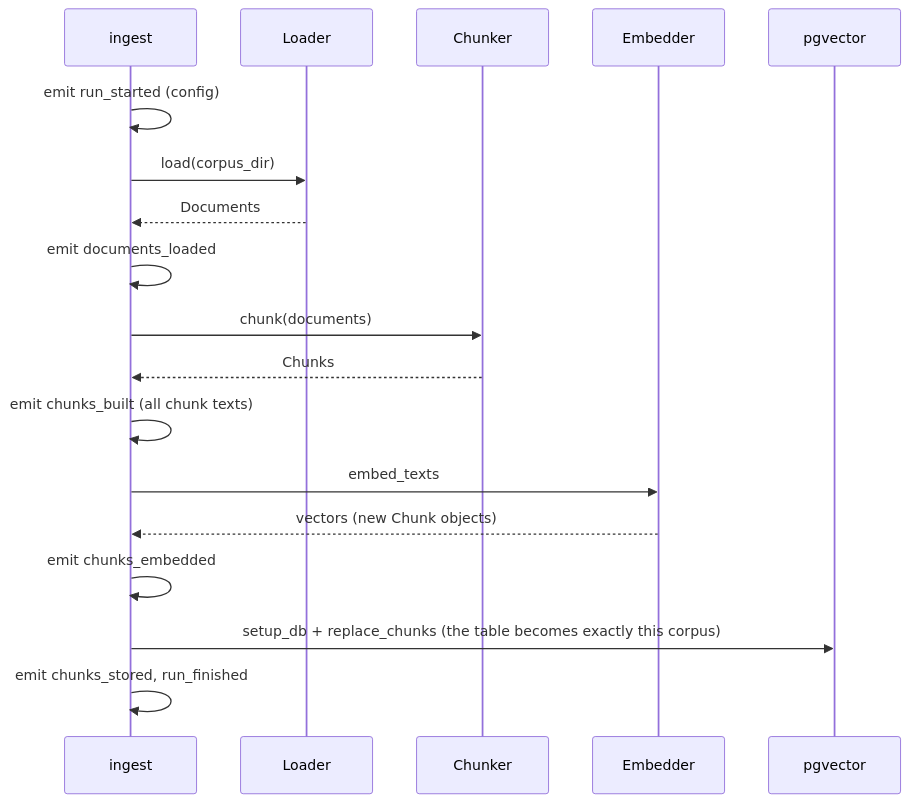
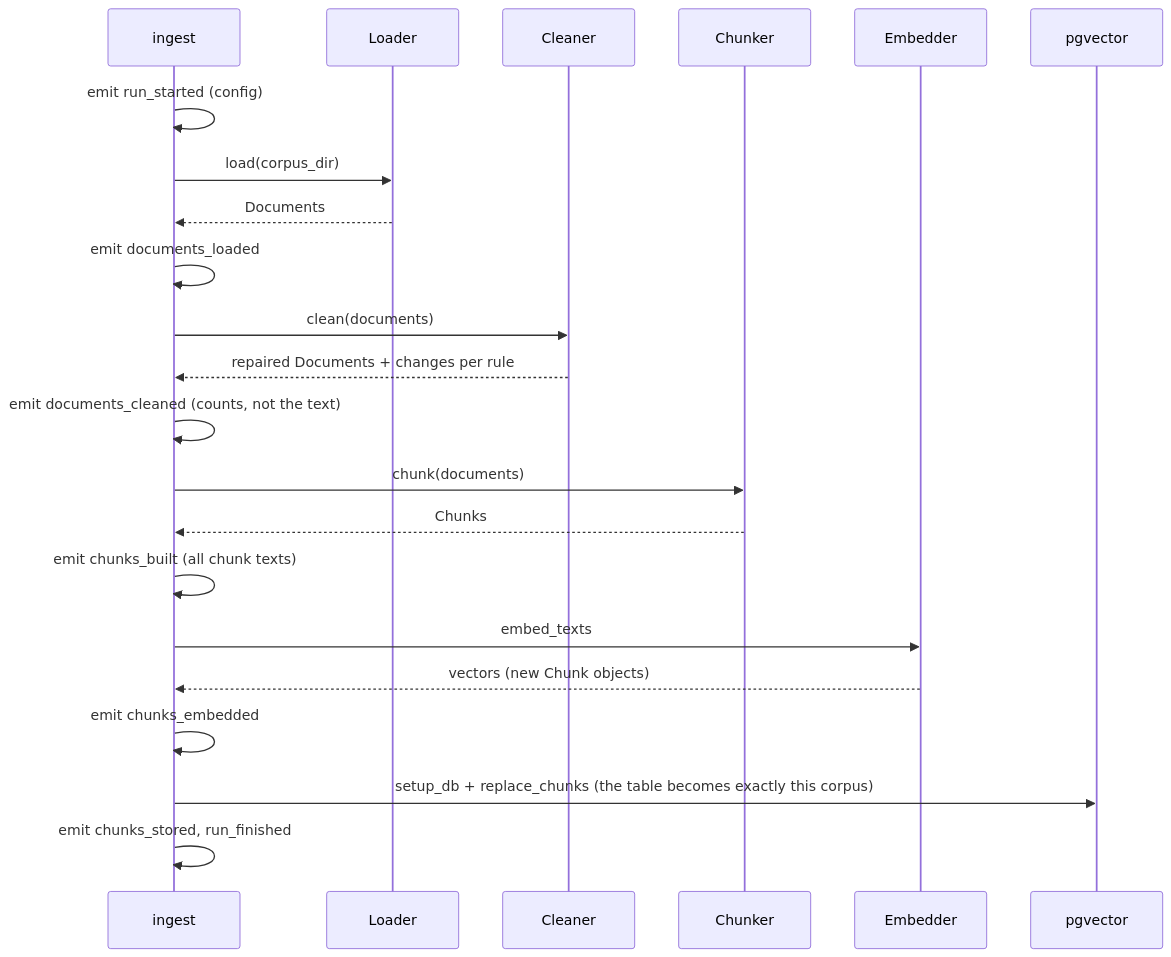
The eighth of 12 diagrams in docs/design.md (Benarbiaa/claim-verify-rag), drawn with Mermaid before and after one commit. The commit also changed other lines of this file and 4 other files, not shown here.

````diff
--- a/docs/design.md
+++ b/docs/design.md
@@ -319,20 +328,24 @@
 ```mermaid
 sequenceDiagram
     participant O as ingest
     participant L as Loader
+    participant CL as Cleaner
     participant C as Chunker
     participant E as Embedder
     participant DB as pgvector
     O->>O: emit run_started (config)
     O->>L: load(corpus_dir)
     L-->>O: Documents
     O->>O: emit documents_loaded
+    O->>CL: clean(documents)
+    CL-->>O: repaired Documents + changes per rule
+    O->>O: emit documents_cleaned (counts, not the text)
     O->>C: chunk(documents)
     C-->>O: Chunks
     O->>O: emit chunks_built (all chunk texts)
     O->>E: embed_texts
     E-->>O: vectors (new Chunk objects)
     O->>O: emit chunks_embedded
     O->>DB: setup_db + replace_chunks (the table becomes exactly this corpus)
     O->>O: emit chunks_stored, run_finished
 ```
````
